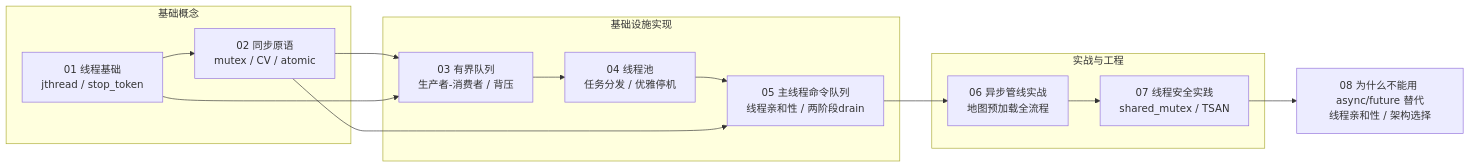
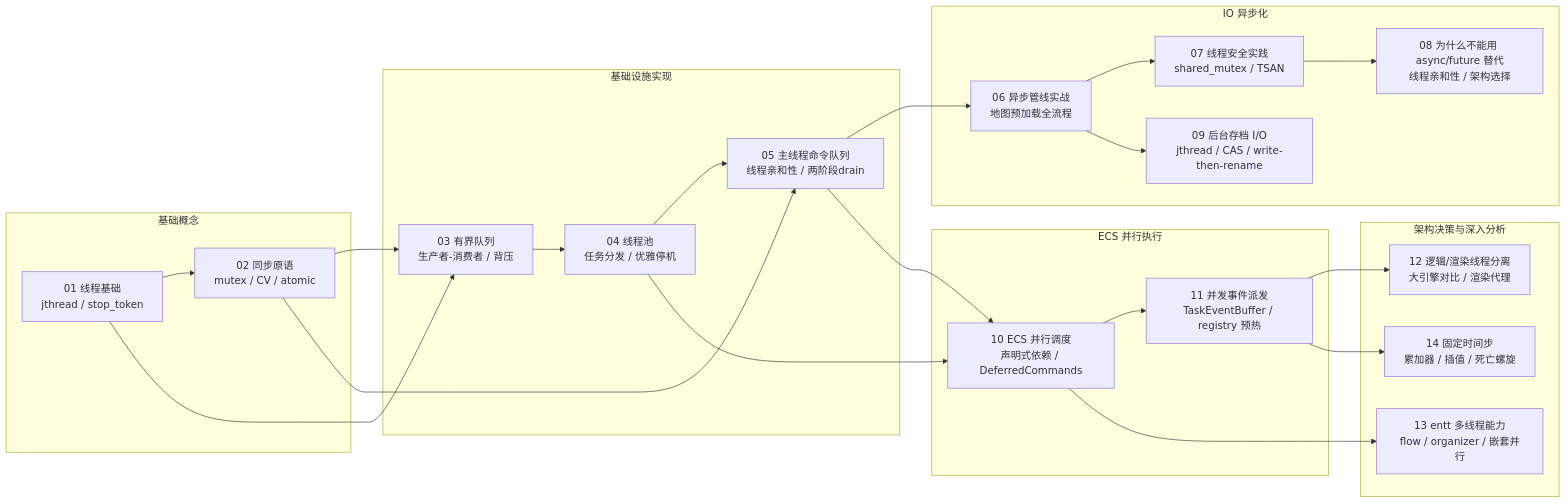
One commit to WispSnow/TinyFarmRPG changed the diagram in docs/tutorial/multi-thread/README.md. Above: the diagram before and after it, drawn with Mermaid. The commit also changed other lines of this file and 8 other files, not shown here.

Commit message:
docs: update multi-thread tutorial to reflect changes in async pipeline architecture and enhance reading flow with new sections and references

````diff
--- a/docs/tutorial/multi-thread/README.md
+++ b/docs/tutorial/multi-thread/README.md
@@ -27,23 +33,41 @@
 ```mermaid
 graph LR
     subgraph 基础概念
         A["01 线程基础<br/>jthread / stop_token"]
         B["02 同步原语<br/>mutex / CV / atomic"]
     end
 
     subgraph 基础设施实现
         C["03 有界队列<br/>生产者-消费者 / 背压"]
         D["04 线程池<br/>任务分发 / 优雅停机"]
         E["05 主线程命令队列<br/>线程亲和性 / 两阶段drain"]
     end
 
-    subgraph 实战与工程
+    subgraph IO 异步化
         F["06 异步管线实战<br/>地图预加载全流程"]
         G["07 线程安全实践<br/>shared_mutex / TSAN"]
+        H["08 为什么不能用 async/future 替代<br/>线程亲和性 / 架构选择"]
+        I["09 后台存档 I/O<br/>jthread / CAS / write-then-rename"]
     end
 
-    A --> B --> C --> D --> E --> F --> G
-    G --> H["08 为什么不能用 async/future 替代<br/>线程亲和性 / 架构选择"]
+    subgraph ECS 并行执行
+        J["10 ECS 并行调度<br/>声明式依赖 / DeferredCommands"]
+        K["11 并发事件派发<br/>TaskEventBuffer / registry 预热"]
+    end
+
+    subgraph 架构决策与深入分析
+        L["12 逻辑/渲染线程分离<br/>大引擎对比 / 渲染代理"]
+        M["13 entt 多线程能力<br/>flow / organizer / 嵌套并行"]
+        N["14 固定时间步<br/>累加器 / 插值 / 死亡螺旋"]
+    end
+
+    A --> B --> C --> D --> E --> F --> G --> H
     A --> C
     B --> E
+    F --> I
+    D --> J --> K
+    E --> J
+    K --> L
+    J --> M
+    K --> N
 ```
````
